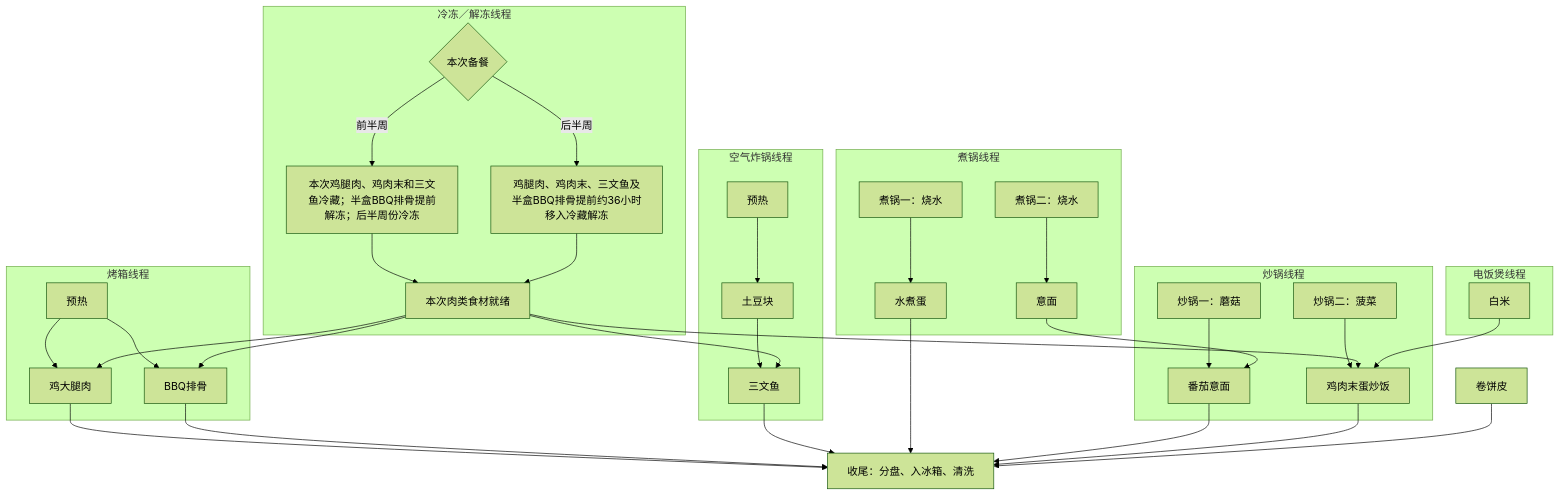
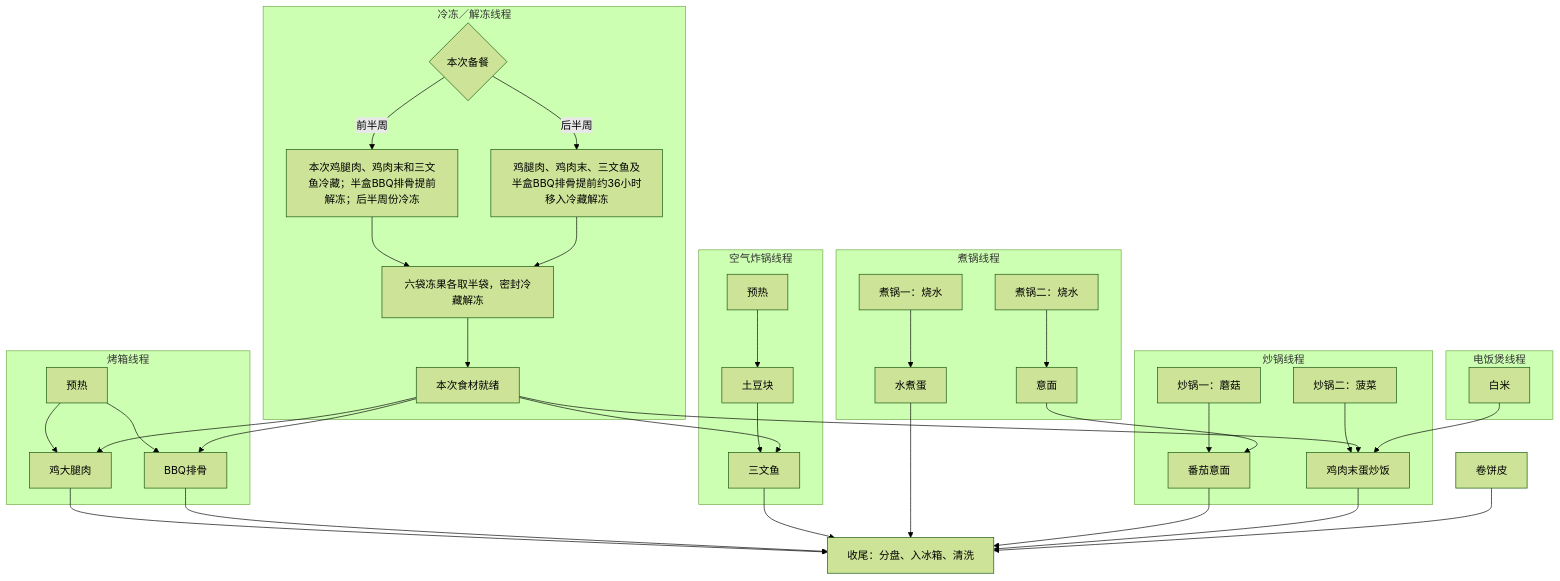
Before and after one commit to yunhaixiang/yhmath: the diagram in content/posts/healthy-eating-plan.md, drawn with Mermaid (forest theme). The commit also changed other lines of this file and 9 other files, not shown here.

````diff
--- a/content/posts/healthy-eating-plan.md
+++ b/content/posts/healthy-eating-plan.md
@@ -103,40 +107,41 @@
 ```mermaid
 flowchart TB
     subgraph cold[冷冻／解冻线程]
         C0{本次备餐} -->|前半周| C1[本次鸡腿肉、鸡肉末和三文鱼冷藏；半盒BBQ排骨提前解冻；后半周份冷冻]
         C0 -->|后半周| C2[鸡腿肉、鸡肉末、三文鱼及半盒BBQ排骨提前约36小时移入冷藏解冻]
-        C1 --> C3[本次肉类食材就绪]
-        C2 --> C3
+        C1 --> C4[六袋冻果各取半袋，密封冷藏解冻]
+        C2 --> C4
+        C4 --> C3[本次食材就绪]
     end
     subgraph rice[电饭煲线程]
         SR[白米]
     end
     subgraph oven[烤箱线程]
         SO0[预热] --> SO2[鸡大腿肉]
         SO0 --> SO1[BBQ排骨]
     end
     subgraph air[空气炸锅线程]
         SA0[预热] --> SA4[土豆块] --> SA1[三文鱼]
     end
     subgraph pots[煮锅线程]
         SP0[煮锅一：烧水] --> SP2[水煮蛋]
         SP3[煮锅二：烧水] --> SP1[意面]
     end
     subgraph woks[炒锅线程]
         SW1[炒锅一：蘑菇] --> SW3[番茄意面]
         SW2[炒锅二：菠菜] --> SW4[鸡肉末蛋炒饭]
     end
     C3 --> SO2
     C3 --> SO1
     C3 --> SA1
     C3 --> SW4
     SR --> SW4
     SP1 --> SW3
     SO2 --> SF[收尾：分盘、入冰箱、清洗]
     SO1 --> SF
     SA1 --> SF
     SP2 --> SF
     SW3 --> SF
     SW4 --> SF
     ST[卷饼皮] --> SF
 ```
````
